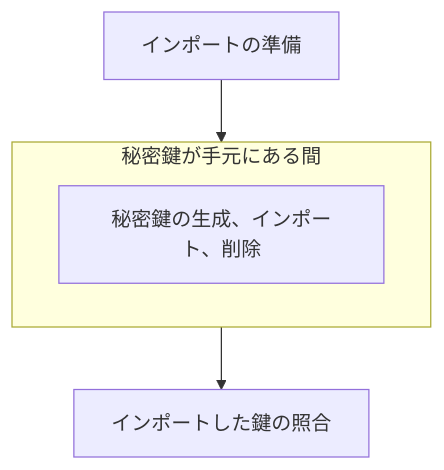
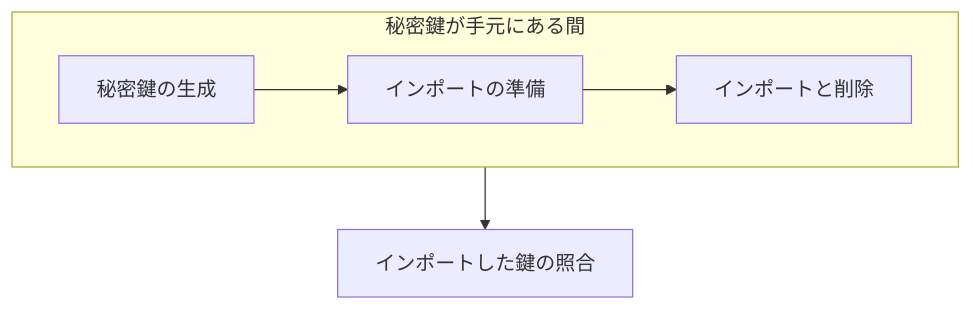
One commit to tmknom/gates changed the diagram in docs/contributing/import-key-material.md. Above: the diagram before and after it, drawn with Mermaid. The commit also changed other lines of this file and 12 other files, not shown here.

````diff
--- a/docs/contributing/import-key-material.md
+++ b/docs/contributing/import-key-material.md
@@ -9,8 +10,8 @@
 ```mermaid
 flowchart TD
-  A[インポートの準備] --> held
   subgraph held[秘密鍵が手元にある間]
-    B[秘密鍵の生成、インポート、削除]
+    A[秘密鍵の生成] --> B[インポートの準備]
+    B --> C[インポートと削除]
   end
-  held --> C[インポートした鍵の照合]
+  held --> D[インポートした鍵の照合]
 ```
````
